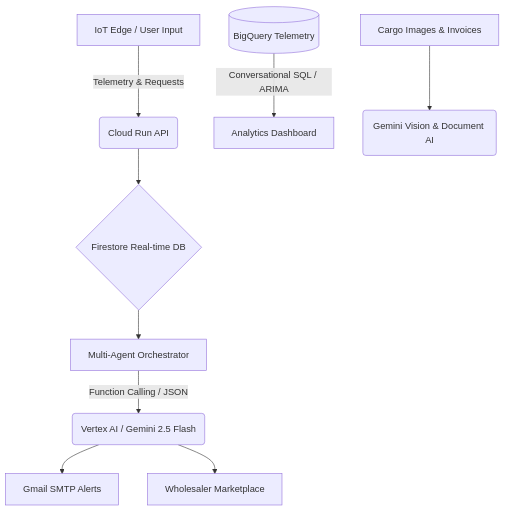
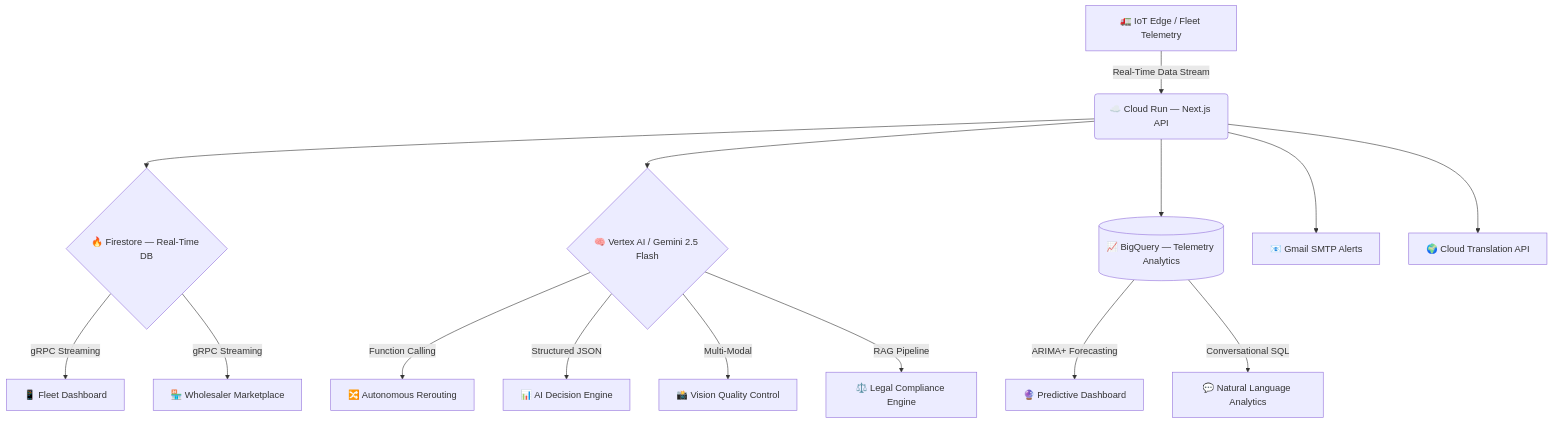
Before and after one commit to sumitsaraswat362/Annapurna-Gemini-APAC: the diagram in README.md, drawn with Mermaid. The commit also changed other lines of this file and 1 other file, not shown here.

Commit message:
docs: complete professional README rewrite with latest screenshots, full GCP services table, architecture, and security docs

````diff
--- a/README.md
+++ b/README.md
@@ -104,11 +131,17 @@
 ```mermaid
 graph TD
-    A[IoT Edge / User Input] -->|Telemetry & Requests| B(Cloud Run API)
-    B --> C{Firestore Real-time DB}
-    C --> E[Multi-Agent Orchestrator]
-    E -->|Function Calling / JSON| F(Vertex AI / Gemini 2.5 Flash)
-    F --> G[Gmail SMTP Alerts]
-    F --> H[Wholesaler Marketplace]
-    I[(BigQuery Telemetry)] -->|Conversational SQL / ARIMA| J[Analytics Dashboard]
-    K[Cargo Images & Invoices] --> L(Gemini Vision & Document AI)
+    A[🚛 IoT Edge / Fleet Telemetry] -->|Real-Time Data Stream| B(☁️ Cloud Run — Next.js API)
+    B --> C{🔥 Firestore — Real-Time DB}
+    C -->|gRPC Streaming| D[📱 Fleet Dashboard]
+    C -->|gRPC Streaming| E[🏪 Wholesaler Marketplace]
+    B --> F{🧠 Vertex AI / Gemini 2.5 Flash}
+    F -->|Function Calling| G[🔀 Autonomous Rerouting]
+    F -->|Structured JSON| H[📊 AI Decision Engine]
+    F -->|Multi-Modal| I[📸 Vision Quality Control]
+    B --> J[(📈 BigQuery — Telemetry Analytics)]
+    J -->|ARIMA+ Forecasting| K[🔮 Predictive Dashboard]
+    J -->|Conversational SQL| L[💬 Natural Language Analytics]
+    B --> M[📧 Gmail SMTP Alerts]
+    B --> N[🌍 Cloud Translation API]
+    F -->|RAG Pipeline| O[⚖️ Legal Compliance Engine]
 ```
````
